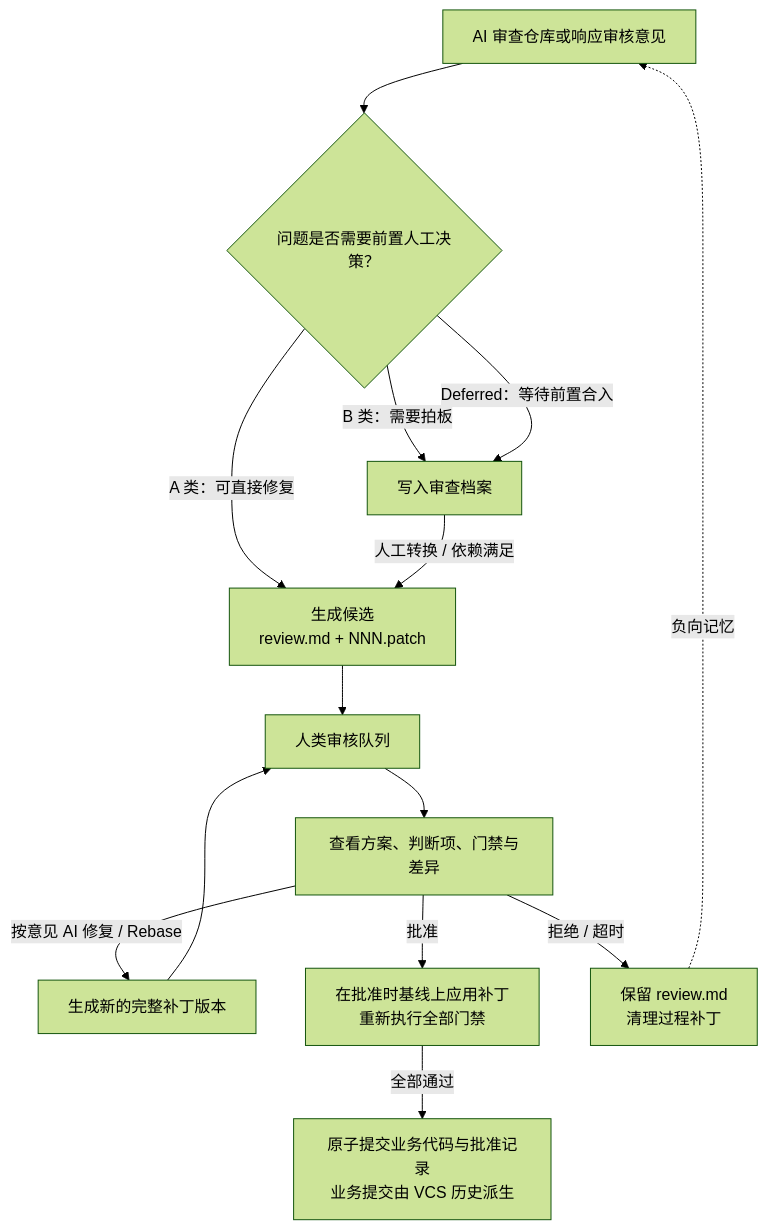
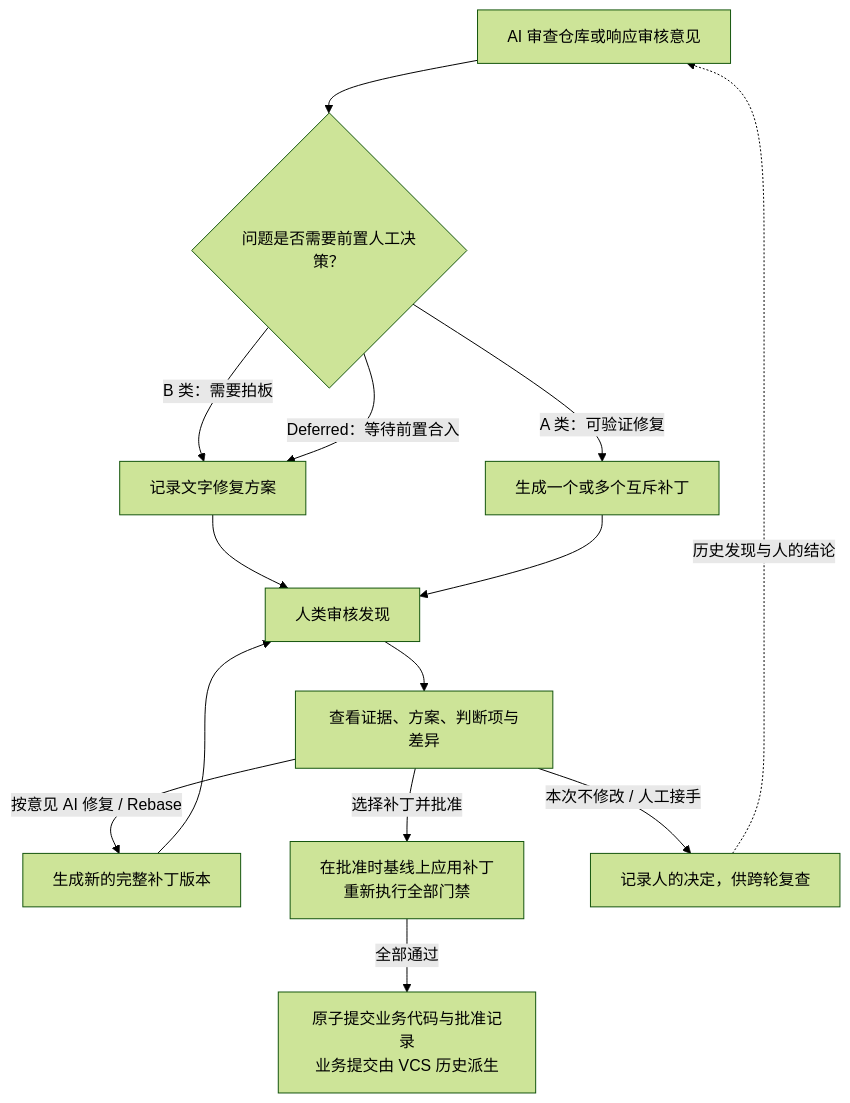
The diagram in SPEC.md (stallboy/dsh-review), drawn with Mermaid (forest theme) before and after one commit. The commit also changed other lines of this file and 5 other files, not shown here.

````diff
--- a/SPEC.md
+++ b/SPEC.md
@@ -33,16 +35,16 @@
 ```mermaid
 flowchart TD
     AUDIT["AI 审查仓库或响应审核意见"] --> TRIAGE{"问题是否需要前置人工决策？"}
-    TRIAGE -->|"A 类：可直接修复"| CAND["生成候选<br/>review.md + NNN.patch"]
-    TRIAGE -->|"B 类：需要拍板"| REPORT["写入审查档案"]
+    TRIAGE -->|"A 类：可验证修复"| CAND["生成一个或多个互斥补丁"]
+    TRIAGE -->|"B 类：需要拍板"| REPORT["记录文字修复方案"]
     TRIAGE -->|"Deferred：等待前置合入"| REPORT
-    REPORT -->|"人工转换 / 依赖满足"| CAND
-    CAND --> QUEUE["人类审核队列"]
-    QUEUE --> DETAIL["查看方案、判断项、门禁与差异"]
+    REPORT --> QUEUE["人类审核发现"]
+    CAND --> QUEUE
+    QUEUE --> DETAIL["查看证据、方案、判断项与差异"]
     DETAIL -->|"按意见 AI 修复 / Rebase"| FIX["生成新的完整补丁版本"]
     FIX --> QUEUE
-    DETAIL -->|"批准"| GATE["在批准时基线上应用补丁<br/>重新执行全部门禁"]
+    DETAIL -->|"选择补丁并批准"| GATE["在批准时基线上应用补丁<br/>重新执行全部门禁"]
     GATE -->|"全部通过"| COMMIT["原子提交业务代码与批准记录<br/>业务提交由 VCS 历史派生"]
-    DETAIL -->|"拒绝 / 超时"| REJECT["保留 review.md<br/>清理过程补丁"]
-    REJECT -.->|"负向记忆"| AUDIT
+    DETAIL -->|"本次不修改 / 人工接手"| RECHECK["记录人的决定，供跨轮复查"]
+    RECHECK -.->|"历史发现与人的结论"| AUDIT
 ```
````
